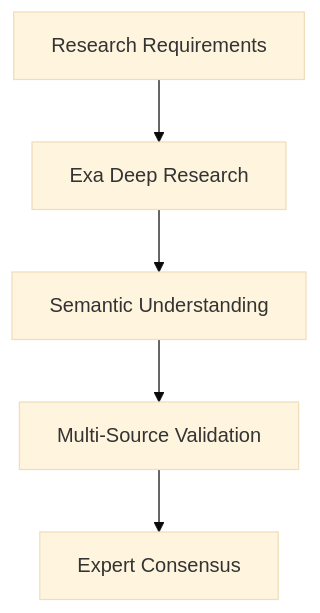
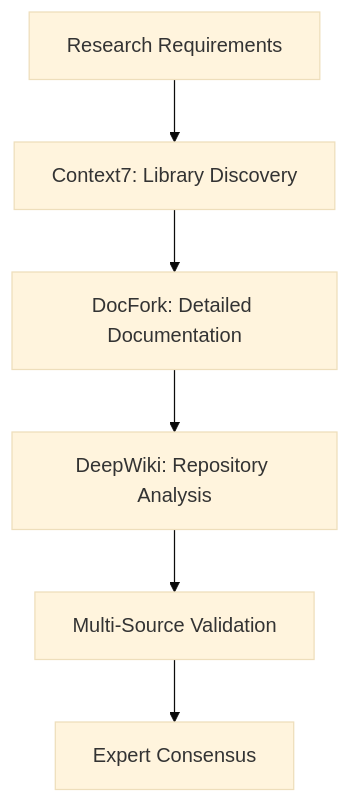
The eighth of 9 diagrams in .cursor/rules/enhanced-research-strategy.mdc (vicle1908/githubusers), drawn with Mermaid (base theme) before and after one commit. The commit also changed other lines of this file and 17 other files, not shown here.

````diff
--- a/.cursor/rules/enhanced-research-strategy.mdc
+++ b/.cursor/rules/enhanced-research-strategy.mdc
@@ -221,7 +378,8 @@
 ```mermaid
 graph TD
-    A[Research Requirements] --> B[Exa Deep Research]
-    B --> C[Semantic Understanding]
-    C --> D[Multi-Source Validation]
-    D --> E[Expert Consensus]
+    A[Research Requirements] --> B[Context7: Library Discovery]
+    B --> C[DocFork: Detailed Documentation]
+    C --> D[DeepWiki: Repository Analysis]
+    D --> E[Multi-Source Validation]
+    E --> F[Expert Consensus]
 ```
````
